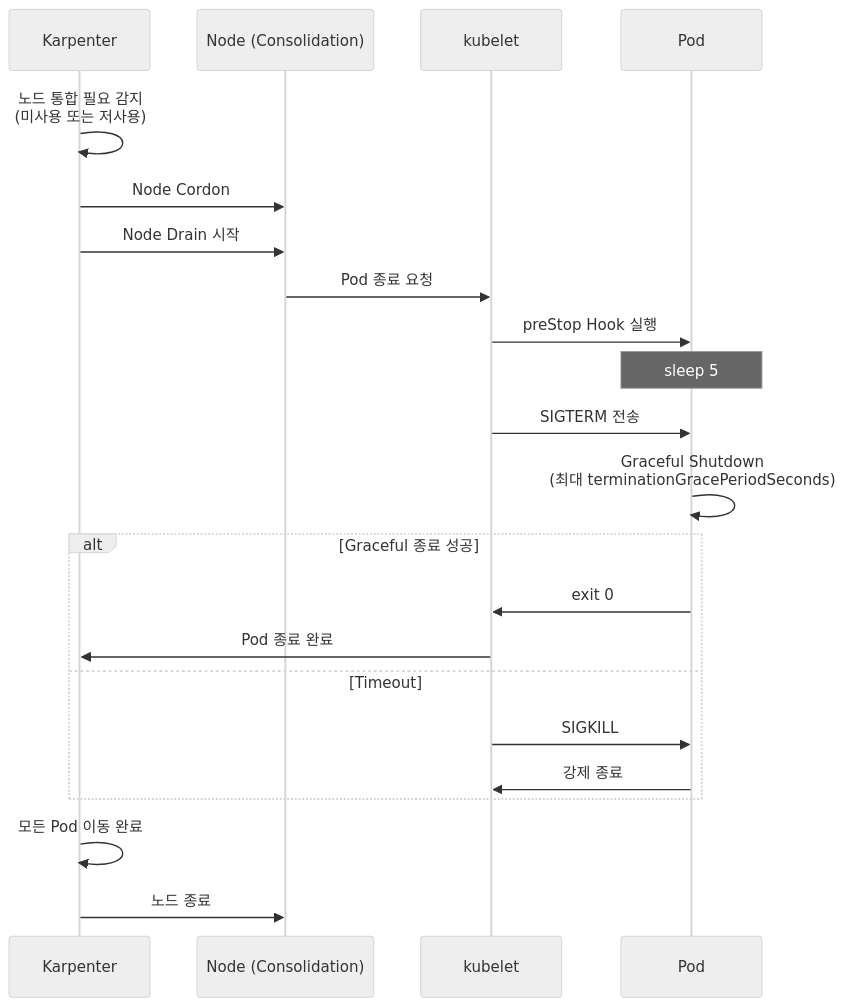
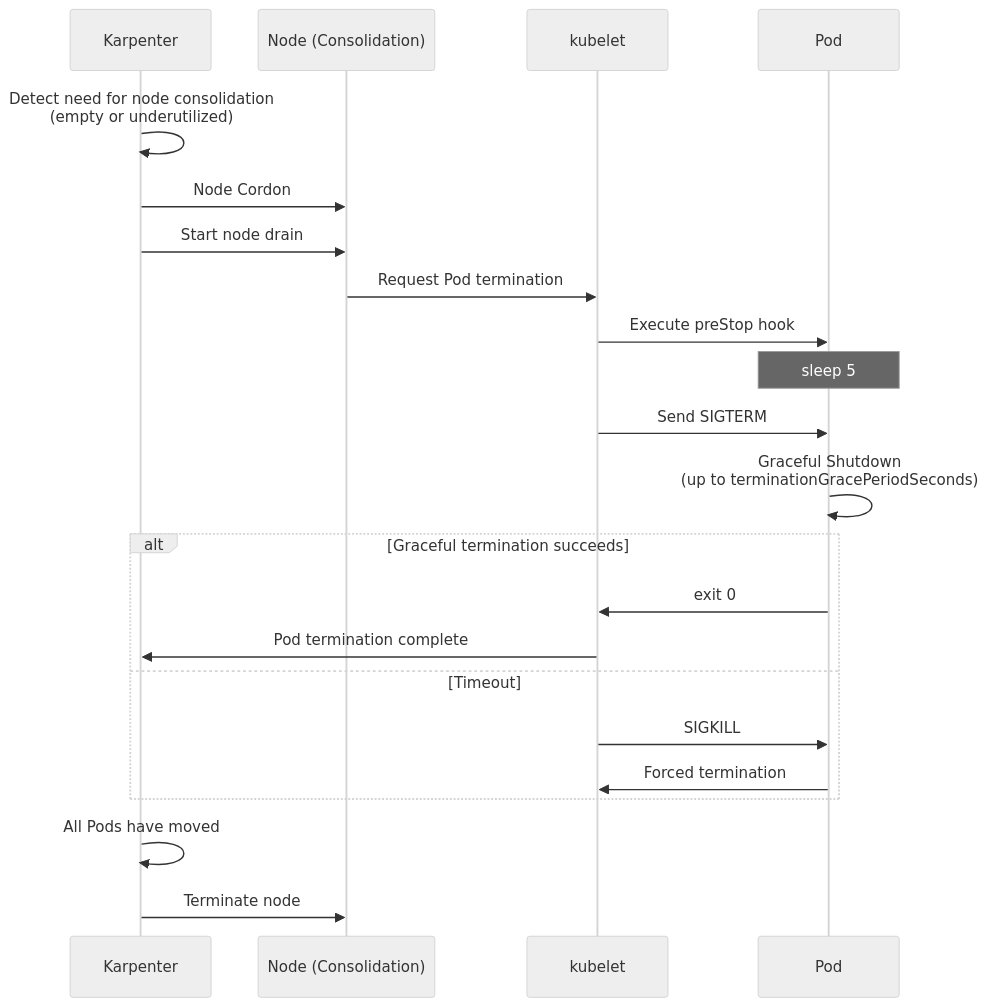
One commit to devfloor9/engineering-playbook changed the first of 2 diagrams in docs/eks-best-practices/operations-reliability/pod-lifecycle/shutdown-karpenter.md. Above: the diagram before and after it, drawn with Mermaid (neutral theme). The commit also changed other lines of this file and 954 other files, not shown here.

````diff
--- a/docs/eks-best-practices/operations-reliability/pod-lifecycle/shutdown-karpenter.md
+++ b/docs/eks-best-practices/operations-reliability/pod-lifecycle/shutdown-karpenter.md
@@ -27,29 +27,29 @@
 ```mermaid
 sequenceDiagram
     participant Karpenter
     participant Node as Node (Consolidation)
     participant Kubelet as kubelet
     participant Pod as Pod
 
-    Karpenter->>Karpenter: 노드 통합 필요 감지<br/>(미사용 또는 저사용)
+    Karpenter->>Karpenter: Detect need for node consolidation<br/>(empty or underutilized)
     Karpenter->>Node: Node Cordon
-    Karpenter->>Node: Node Drain 시작
-    Node->>Kubelet: Pod 종료 요청
+    Karpenter->>Node: Start node drain
+    Node->>Kubelet: Request Pod termination
 
-    Kubelet->>Pod: preStop Hook 실행
+    Kubelet->>Pod: Execute preStop hook
     Note over Pod: sleep 5
 
-    Kubelet->>Pod: SIGTERM 전송
-    Pod->>Pod: Graceful Shutdown<br/>(최대 terminationGracePeriodSeconds)
+    Kubelet->>Pod: Send SIGTERM
+    Pod->>Pod: Graceful Shutdown<br/>(up to terminationGracePeriodSeconds)
 
-    alt Graceful 종료 성공
+    alt Graceful termination succeeds
         Pod->>Kubelet: exit 0
-        Kubelet->>Karpenter: Pod 종료 완료
+        Kubelet->>Karpenter: Pod termination complete
     else Timeout
         Kubelet->>Pod: SIGKILL
-        Pod->>Kubelet: 강제 종료
+        Pod->>Kubelet: Forced termination
     end
 
-    Karpenter->>Karpenter: 모든 Pod 이동 완료
-    Karpenter->>Node: 노드 종료
+    Karpenter->>Karpenter: All Pods have moved
+    Karpenter->>Node: Terminate node
 ```
````
